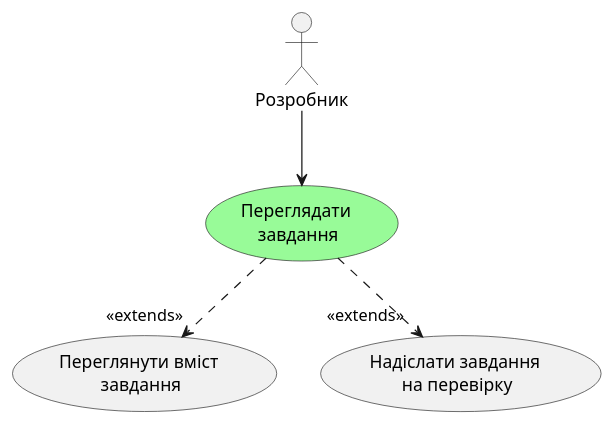
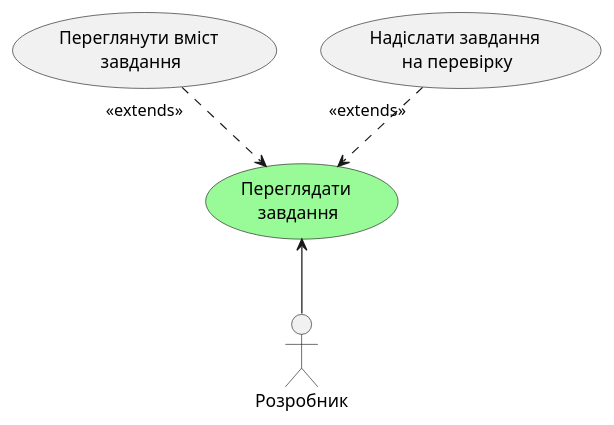
One commit to vtarasiuk/proj-control changed the fourth of 17 diagrams in docs/use cases/README.md. Above: the diagram before and after it, drawn with PlantUML. The commit also changed other lines of this file, not shown here.

Commit message:
fix: eliminate 'extends' bug

```diff
--- a/docs/use cases/README.md
+++ b/docs/use cases/README.md
@@ -148,15 +148,15 @@
 @startuml
 
   actor Розробник
   usecase "Переглядати \nзавдання" as VIEWTASKS #palegreen
 
-  Розробник -d-> VIEWTASKS
+  Розробник -u-> VIEWTASKS
   
   usecase "Переглянути вміст \nзавдання" as VIEWDEVTASK
   usecase "Надіслати завдання \nна перевірку" as SENDREVIEWTASK
   
-  VIEWTASKS ..>"<<extends>>" VIEWDEVTASK
-  VIEWTASKS ..>"<<extends>>" SENDREVIEWTASK
+  VIEWDEVTASK "<<extends>>"..> VIEWTASKS
+  SENDREVIEWTASK "<<extends>>"..> VIEWTASKS
   
   
 @enduml
```
